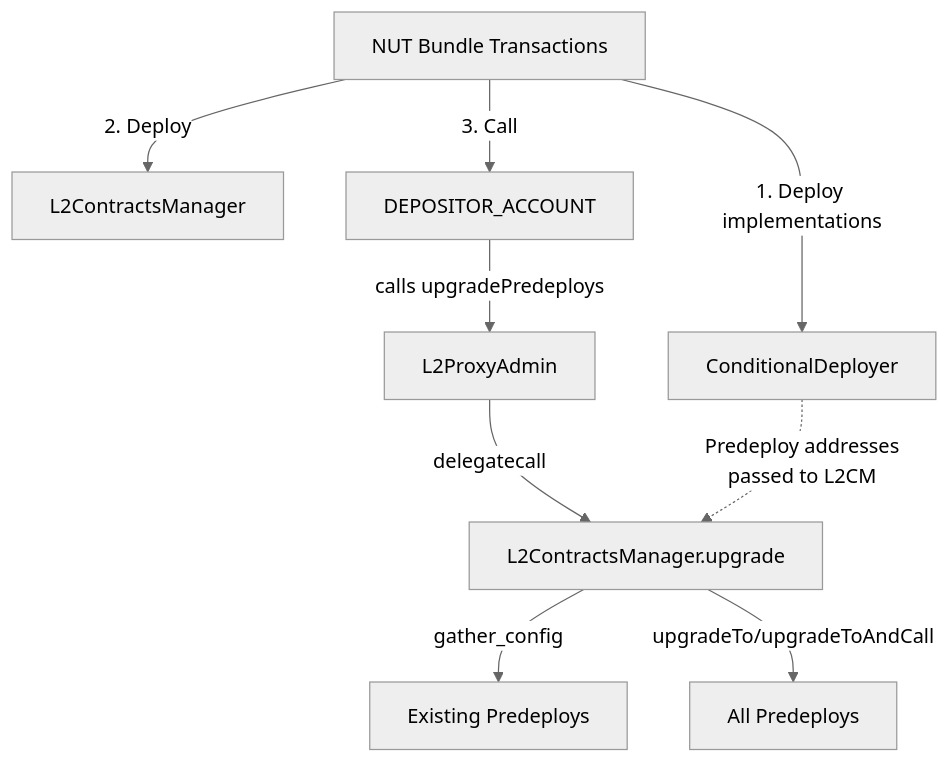
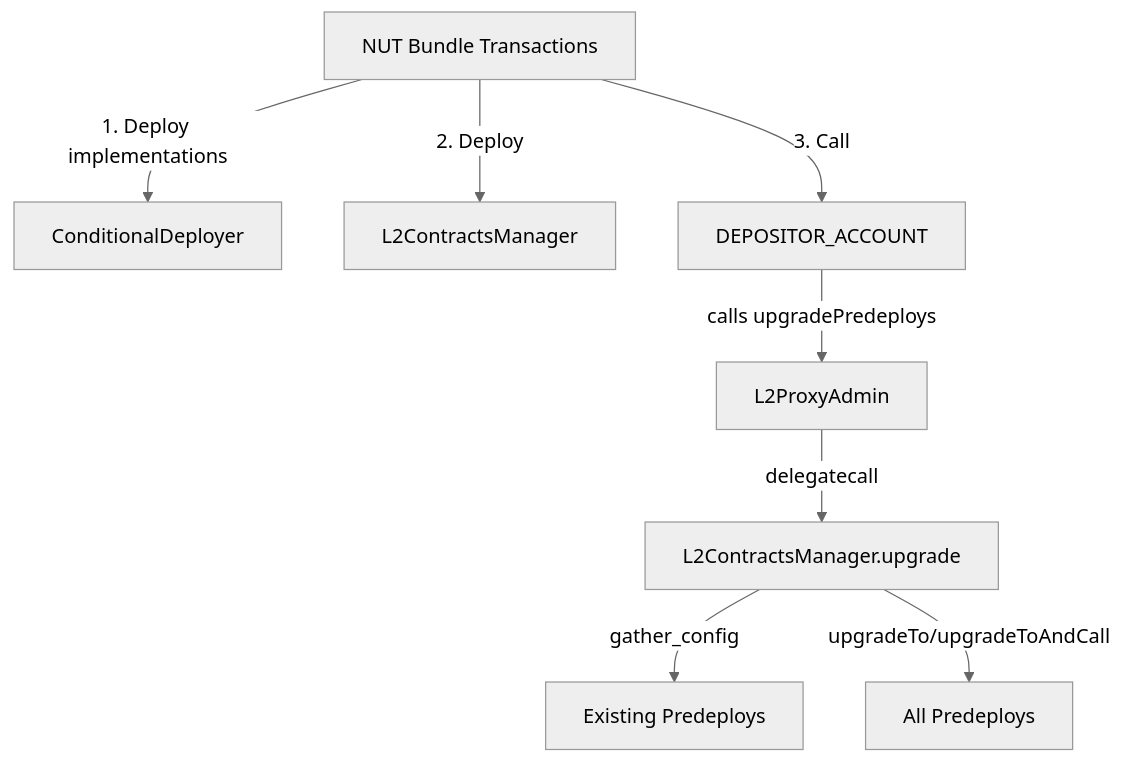
Before and after one commit to defi-wonderland/specs: the diagram in specs/experimental/l2-contracts-manager.md, drawn with Mermaid (neutral theme).

Commit message:
fix: update flow diagram

````diff
--- a/specs/experimental/l2-contracts-manager.md
+++ b/specs/experimental/l2-contracts-manager.md
@@ -37,11 +37,10 @@
 ```mermaid
 graph TD
     A[NUT Bundle Transactions] -->|1. Deploy implementations| B[ConditionalDeployer]
     A -->|2. Deploy| C[L2ContractsManager]
     A -->|3. Call| D[DEPOSITOR_ACCOUNT]
     D -->|calls upgradePredeploys| E[L2ProxyAdmin]
     E -->|delegatecall| F[L2ContractsManager.upgrade]
     F -->|gather_config| G[Existing Predeploys]
     F -->|upgradeTo/upgradeToAndCall| H[All Predeploys]
-    B -.->|Predeploy addresses</br>passed to L2CM| F
 ```
````
